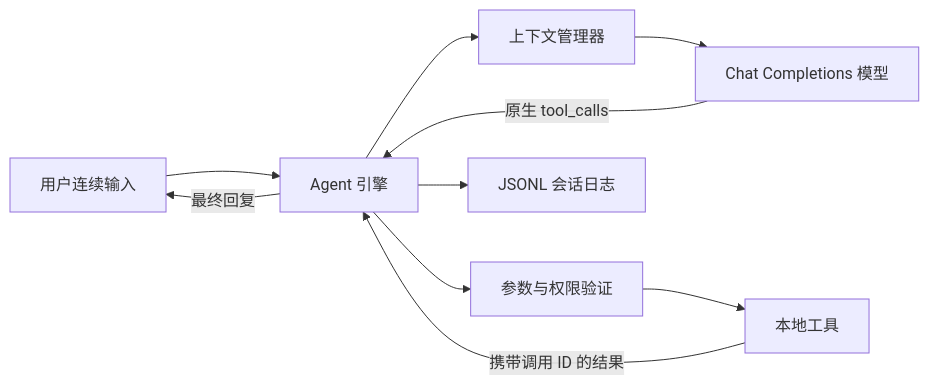
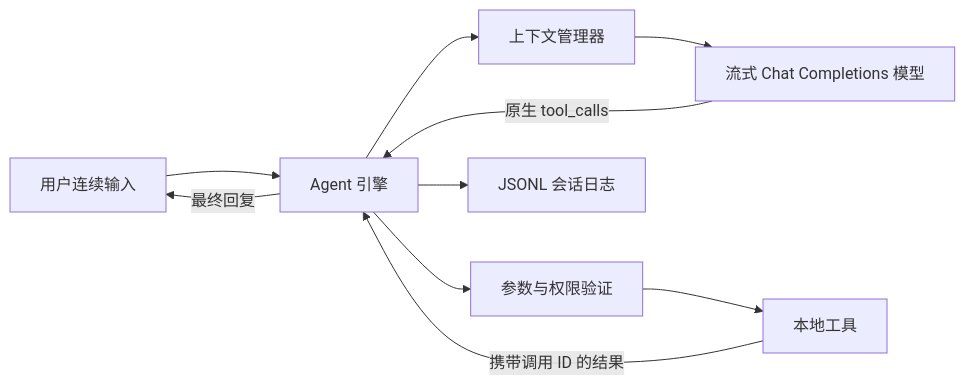
Before and after one commit to ChanHsing1972/local-loop: the diagram in README.md, drawn with Mermaid. The commit also changed other lines of this file and 21 other files, not shown here.

````diff
--- a/README.md
+++ b/README.md
@@ -7,12 +7,12 @@
 ```mermaid
 flowchart LR
     U[用户连续输入] --> A[Agent 引擎]
     A --> C[上下文管理器]
-    C --> M[Chat Completions 模型]
+    C --> M[流式 Chat Completions 模型]
     M -->|原生 tool_calls| A
     A --> V[参数与权限验证]
     V --> T[本地工具]
     T -->|携带调用 ID 的结果| A
     A -->|最终回复| U
     A --> S[JSONL 会话日志]
 ```
````
